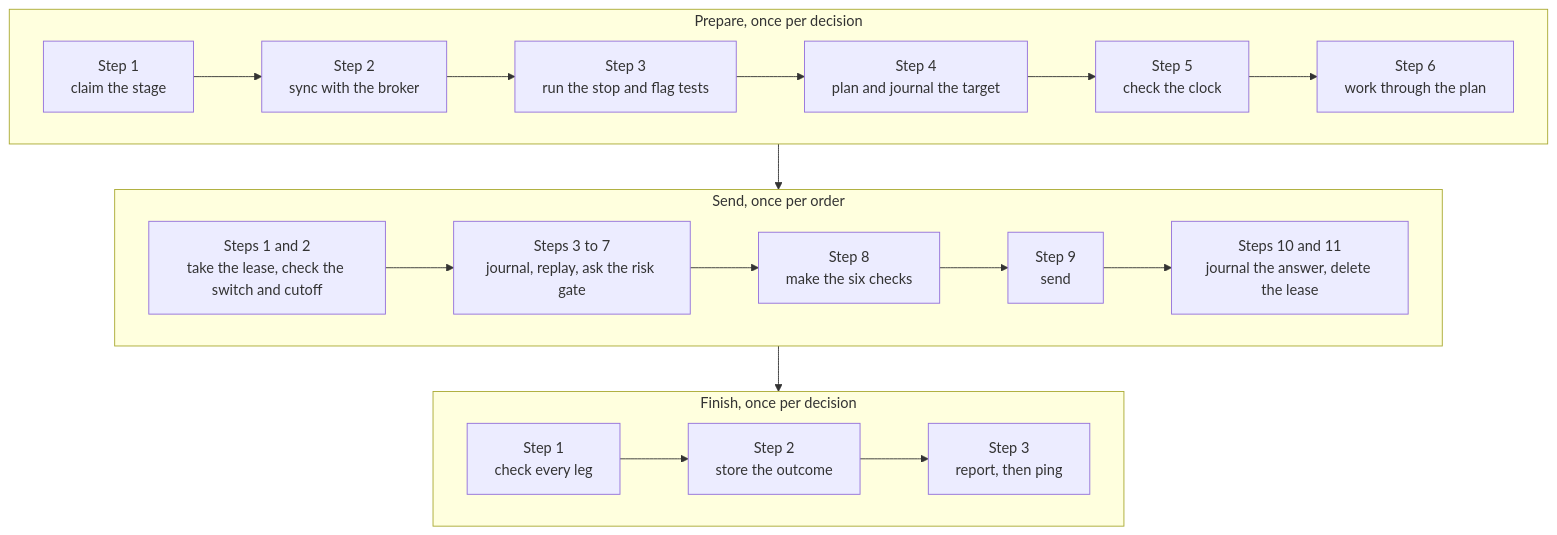
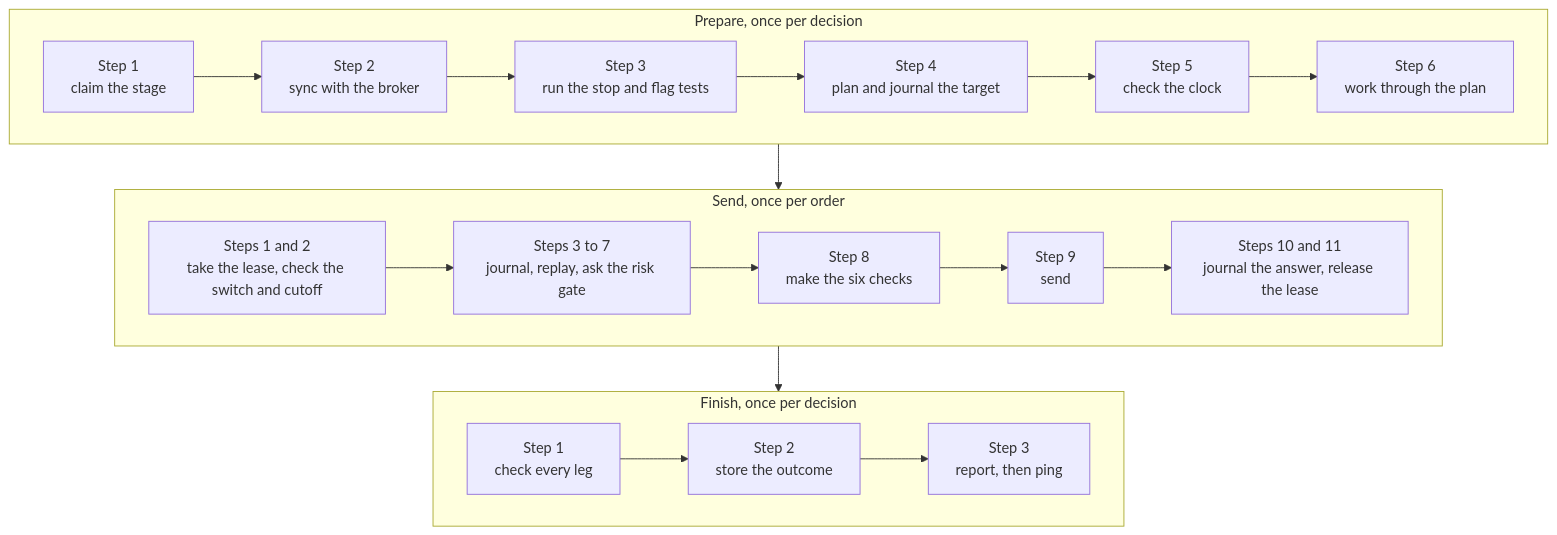
Before and after one commit to l3a0/ithildin-runtime: diagram 19 of 35 in docs/architecture.md, drawn with Mermaid. The commit also changed other lines of this file and 2 other files, not shown here.

First line of the commit message:
docs: keep an account's lease in place between holders

````diff
--- a/docs/architecture.md
+++ b/docs/architecture.md
@@ -1062,17 +1062,17 @@
 ```mermaid
 flowchart TB
     subgraph prepare["Prepare, once per decision"]
         direction LR
         a1["Step 1<br/>claim the stage"] --> a2["Step 2<br/>sync with the broker"] --> a3["Step 3<br/>run the stop and flag tests"] --> a4["Step 4<br/>plan and journal the target"] --> a5["Step 5<br/>check the clock"] --> a6["Step 6<br/>work through the plan"]
     end
     subgraph each["Send, once per order"]
         direction LR
-        b1["Steps 1 and 2<br/>take the lease, check the switch and cutoff"] --> b2["Steps 3 to 7<br/>journal, replay, ask the risk gate"] --> b3["Step 8<br/>make the six checks"] --> b4["Step 9<br/>send"] --> b5["Steps 10 and 11<br/>journal the answer, delete the lease"]
+        b1["Steps 1 and 2<br/>take the lease, check the switch and cutoff"] --> b2["Steps 3 to 7<br/>journal, replay, ask the risk gate"] --> b3["Step 8<br/>make the six checks"] --> b4["Step 9<br/>send"] --> b5["Steps 10 and 11<br/>journal the answer, release the lease"]
     end
     subgraph finish["Finish, once per decision"]
         direction LR
         c1["Step 1<br/>check every leg"] --> c2["Step 2<br/>store the outcome"] --> c3["Step 3<br/>report, then ping"]
     end
     prepare --> each
     each --> finish
 ```
````
